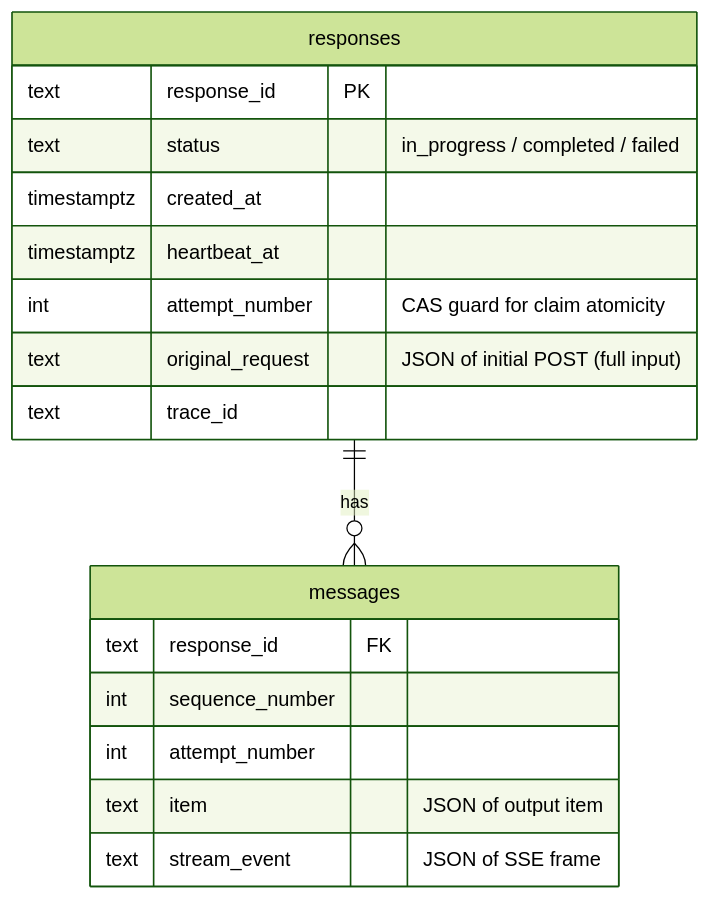
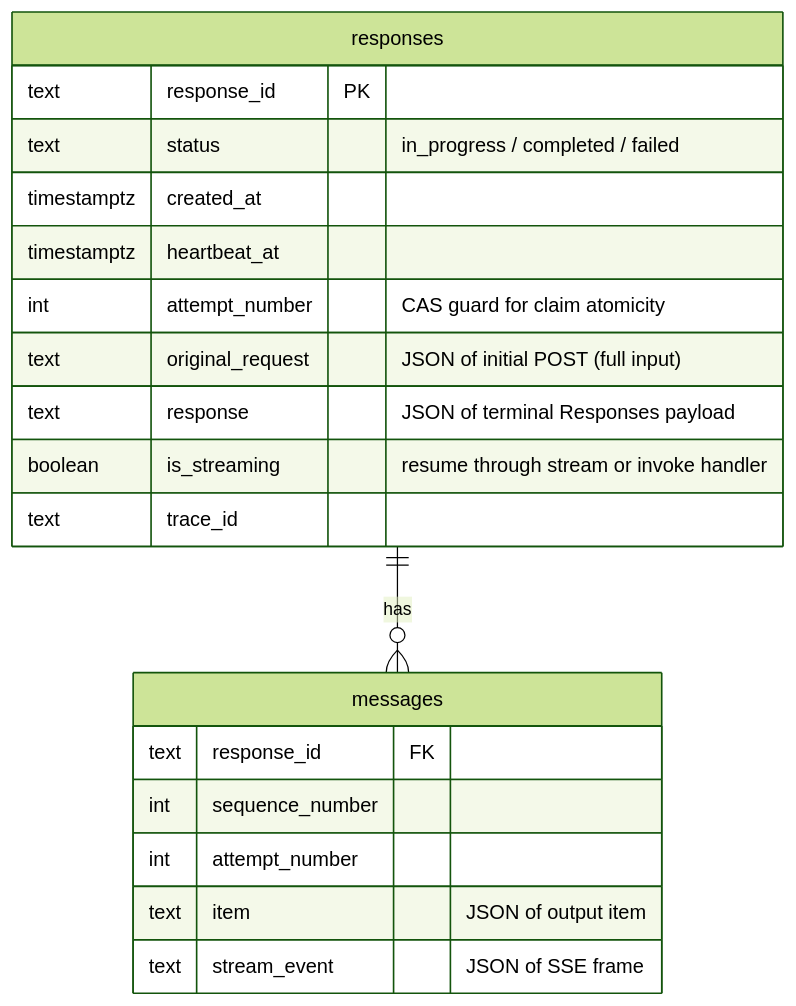
The fourth of 9 diagrams in src/databricks_ai_bridge/long_running/AGENTS.md (databricks/databricks-ai-bridge), drawn with Mermaid (forest theme) before and after one commit. The commit also changed other lines of this file and 32 other files, not shown here.

````diff
--- a/src/databricks_ai_bridge/long_running/AGENTS.md
+++ b/src/databricks_ai_bridge/long_running/AGENTS.md
@@ -180,20 +194,22 @@
 ```mermaid
 erDiagram
     responses {
         text response_id PK
         text status "in_progress / completed / failed"
         timestamptz created_at
         timestamptz heartbeat_at
         int attempt_number "CAS guard for claim atomicity"
         text original_request "JSON of initial POST (full input)"
+        text response "JSON of terminal Responses payload"
+        boolean is_streaming "resume through stream or invoke handler"
         text trace_id
     }
     messages {
         text response_id FK
         int sequence_number
         int attempt_number
         text item "JSON of output item"
         text stream_event "JSON of SSE frame"
     }
     responses ||--o{ messages : "has"
 ```
````
